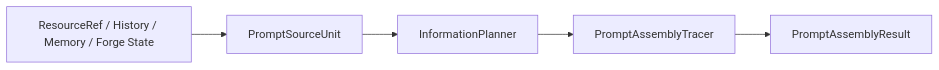
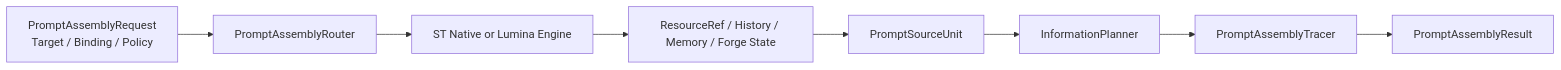
One commit to kineks0-0/LuminaWeave changed the fourth of 4 diagrams in docs/overall/system_design.md. Above: the diagram before and after it, drawn with Mermaid. The commit also changed other lines of this file and 312 other files, not shown here.

````diff
--- a/docs/overall/system_design.md
+++ b/docs/overall/system_design.md
@@ -255,13 +298,19 @@
 ```mermaid
 flowchart LR
+    Request["PromptAssemblyRequest\nTarget / Binding / Policy"]
+    Router["PromptAssemblyRouter"]
+    Engine["ST Native or Lumina Engine"]
     Sources["ResourceRef / History / Memory / Forge State"]
     Units["PromptSourceUnit"]
     Planner["InformationPlanner"]
     Composer["PromptAssemblyTracer"]
     Result["PromptAssemblyResult"]
 
+    Request --> Router
+    Router --> Engine
+    Engine --> Sources
     Sources --> Units
     Units --> Planner
     Planner --> Composer
     Composer --> Result
 ```
````
